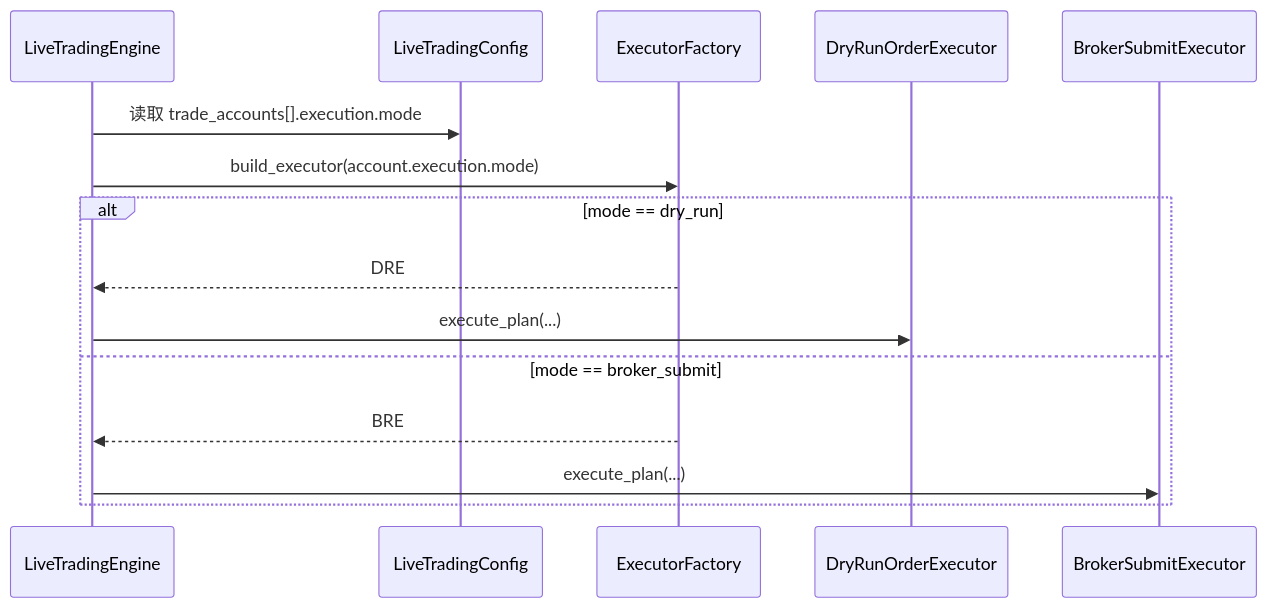
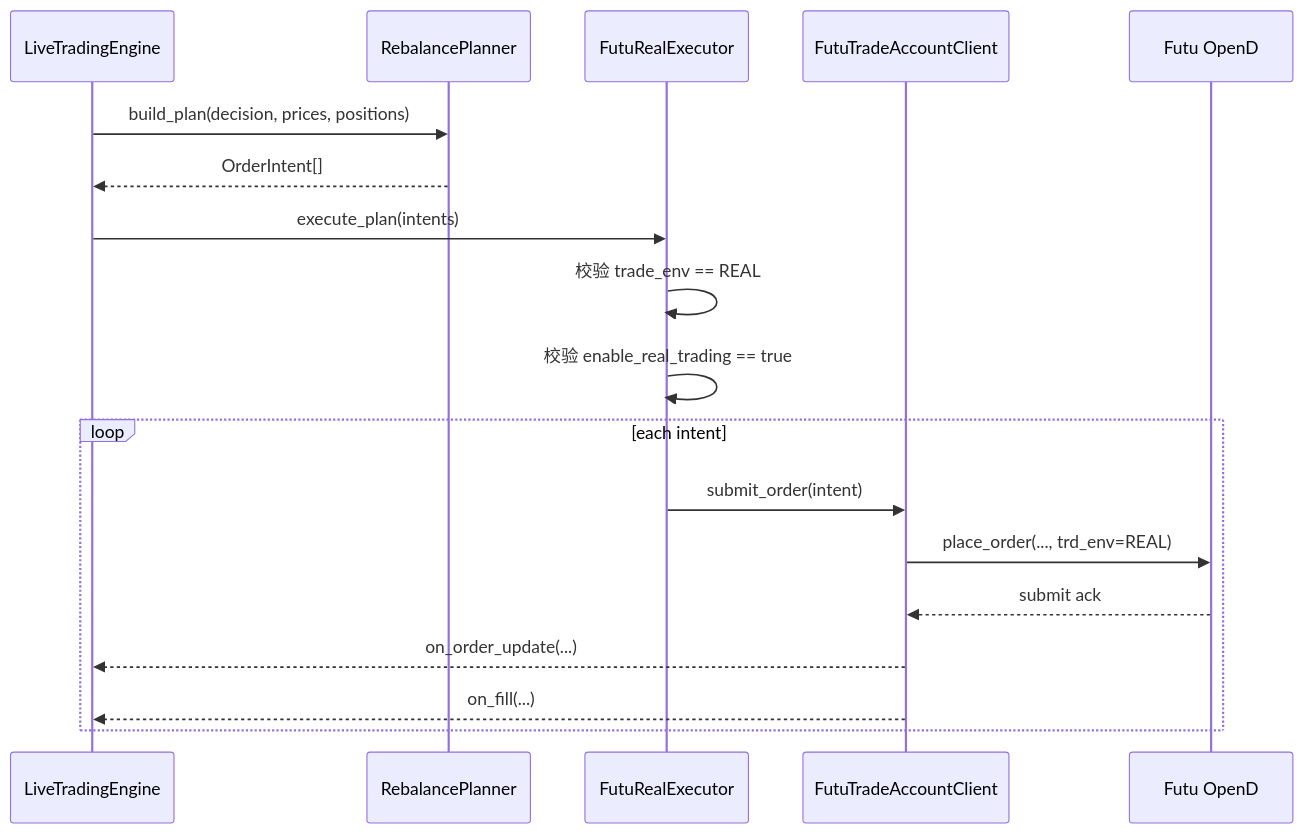
Before and after one commit to hangchow/backtest: the fifth of 5 diagrams in docs/README_livetrading_real_order_plan.md, drawn with Mermaid. The commit also changed other lines of this file, not shown here.

Commit message:
docs: update livetrading order execution plan

````diff
--- a/docs/README_livetrading_real_order_plan.md
+++ b/docs/README_livetrading_real_order_plan.md
@@ -550,18 +446,23 @@
 ```mermaid
 sequenceDiagram
     participant ENG as LiveTradingEngine
-    participant CFG as LiveTradingConfig
-    participant FAC as ExecutorFactory
-    participant DRE as DryRunOrderExecutor
-    participant BRE as BrokerSubmitExecutor
+    participant PLAN as RebalancePlanner
+    participant EXE as FutuRealExecutor
+    participant TAC as FutuTradeAccountClient
+    participant FUTU as Futu OpenD
 
-    ENG->>CFG: 读取 trade_accounts[].execution.mode
-    ENG->>FAC: build_executor(account.execution.mode)
-    alt mode == dry_run
-        FAC-->>ENG: DRE
-        ENG->>DRE: execute_plan(...)
-    else mode == broker_submit
-        FAC-->>ENG: BRE
-        ENG->>BRE: execute_plan(...)
+    ENG->>PLAN: build_plan(decision, prices, positions)
+    PLAN-->>ENG: OrderIntent[]
+    ENG->>EXE: execute_plan(intents)
+
+    EXE->>EXE: 校验 trade_env == REAL
+    EXE->>EXE: 校验 enable_real_trading == true
+
+    loop each intent
+        EXE->>TAC: submit_order(intent)
+        TAC->>FUTU: place_order(..., trd_env=REAL)
+        FUTU-->>TAC: submit ack
+        TAC-->>ENG: on_order_update(...)
+        TAC-->>ENG: on_fill(...)
     end
 ```
````
